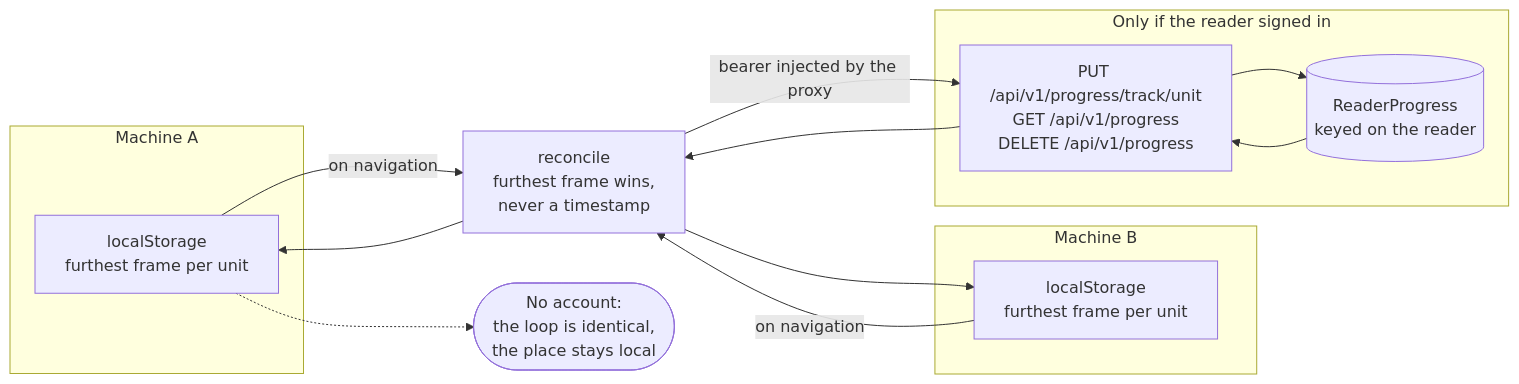
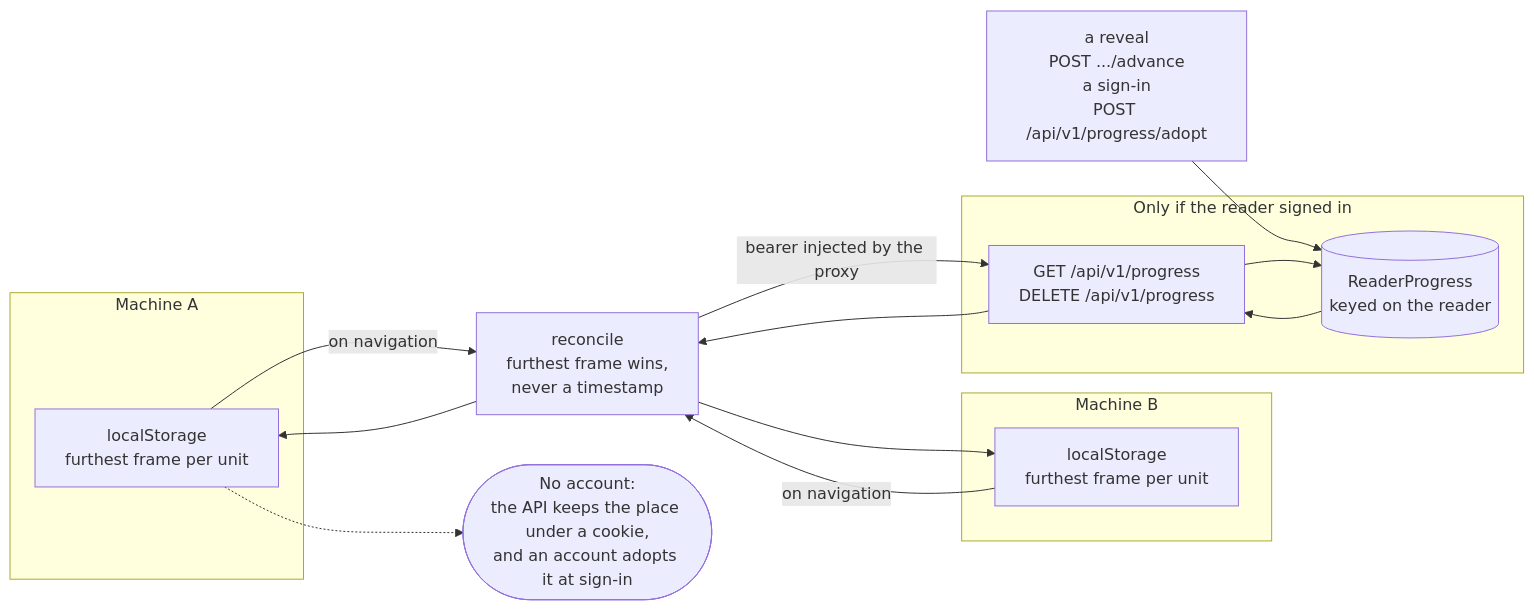
One commit to konradcinkusz/ab-ove changed the diagram in docs/diagrams/b4-position-not-progress.mmd. Above: the diagram before and after it, drawn with Mermaid. The commit also changed 28 other files, not shown here.

```diff
--- a/docs/diagrams/b4-position-not-progress.mmd
+++ b/docs/diagrams/b4-position-not-progress.mmd
@@ -1,42 +1,46 @@
 %% Where the reader is: position, which is not progress, and which machine holds it.
 %% ONE DIAGRAM PER FILE. ASCII ONLY.
 
 %% THE READING SURFACE SHOWS POSITION AND NEVER PROGRESS (ADR-0041). A percentage over a
 %% book of 47 programs is a number about the reader, and this product does not make those.
 %% The pager says which frame of how many, and opens the map of the program (ADR-0063).
 
-%% LOCAL FIRST, AND THE LOCAL COPY HOLDS NOTHING WORTH SCORING (ADR-0017). An account buys
-%% one thing: the same place on a second machine. Everything else about the loop is
-%% unchanged whether the reader has one or not.
+%% THE ACCOUNT LEARNS A PLACE ONLY FROM THE API'S OWN WRITES (ADR-0068). A reveal moves the
+%% cursor the reader reads under, and signing in adopts the places read without an account.
+%% The browser's copy is a resume hint (ADR-0060) and sends the account nothing. An account
+%% buys one thing: the same place on a second machine.
 
 %% FURTHEST FRAME WINS (ADR-0019). Two machines that disagree are not a conflict to resolve
 %% with a timestamp: the reader has read up to the furthest of the two, and a reconciliation
 %% that moved them backwards would lose reading they did.
 
 flowchart LR
   subgraph m1["Machine A"]
     LA["localStorage<br/>furthest frame per unit"]
   end
 
   subgraph m2["Machine B"]
     LB["localStorage<br/>furthest frame per unit"]
   end
 
   subgraph server["Only if the reader signed in"]
-    API["PUT /api/v1/progress/track/unit<br/>GET /api/v1/progress<br/>DELETE /api/v1/progress"]
+    API["GET /api/v1/progress<br/>DELETE /api/v1/progress"]
     RP[("ReaderProgress<br/>keyed on the reader")]
   end
+
+  WRITES["a reveal<br/>POST .../advance<br/>a sign-in<br/>POST /api/v1/progress/adopt"]
 
   RECON["reconcile<br/>furthest frame wins,<br/>never a timestamp"]
 
   LA -->|"on navigation"| RECON
   LB -->|"on navigation"| RECON
   RECON -->|"bearer injected by the proxy"| API
+  WRITES --> RP
   API --> RP
   RP --> API
   API --> RECON
   RECON --> LA
   RECON --> LB
 
-  NOACC(["No account:<br/>the loop is identical,<br/>the place stays local"])
+  NOACC(["No account:<br/>the API keeps the place under a cookie,<br/>and an account adopts it at sign-in"])
   LA -.-> NOACC
```
